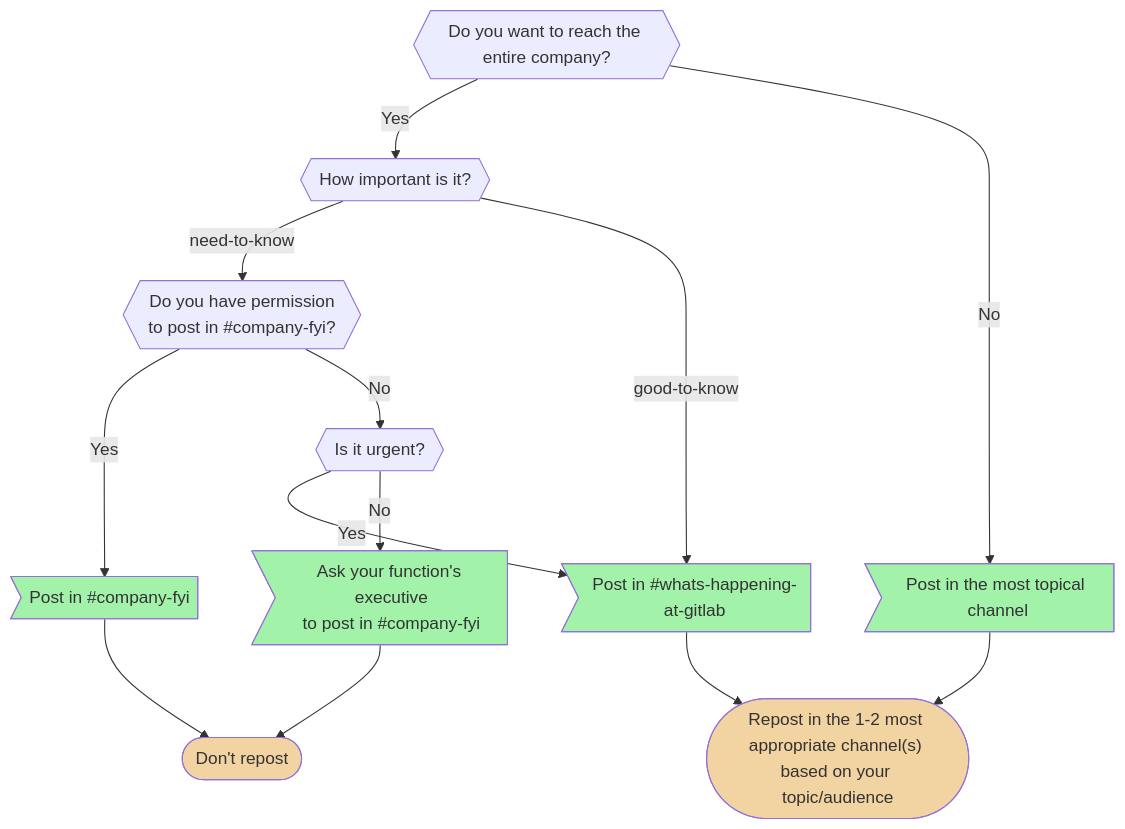
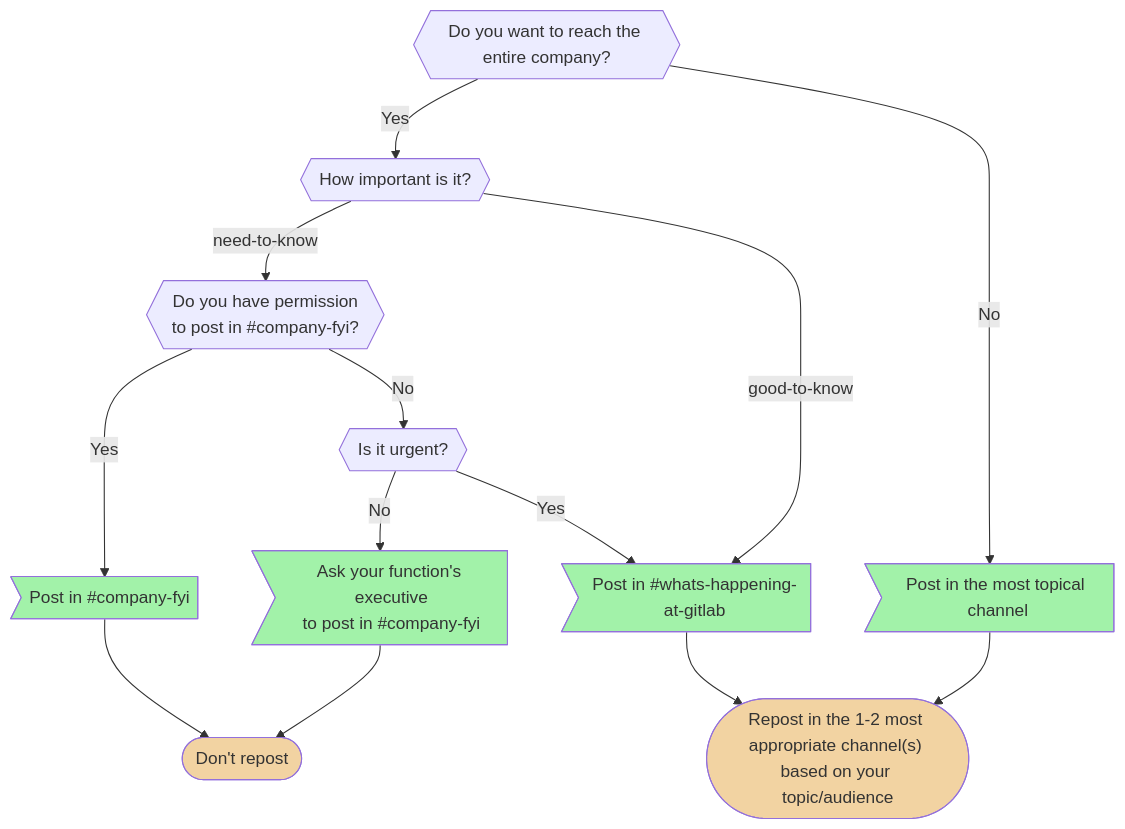
One commit to secretstartups/handbook changed the diagram in communication/index.html.md. Above: the diagram before and after it, drawn with Mermaid. The commit also changed other lines of this file, not shown here.

Commit message:
Tweak flowchart

````diff
--- a/communication/index.html.md
+++ b/communication/index.html.md
@@ -193,41 +193,41 @@
 ```mermaid
 graph TB
   everybody{{"Do you want to reach the entire company?"}}
   important{{"How important is it?"}}
   permission{{"Do you have permission<br>to post in #company-fyi?"}}
   urgent{{"Is it urgent?"}}
 
   channel-important>"Post in #company-fyi"]
   channel-important-ask>"Ask your function's executive<br>to post in #company-fyi"]
   channel-general>"Post in #whats-happening-at-gitlab"]
   channel-topic>"Post in the most topical channel"]
 
   repost(["Repost in the 1-2 most appropriate channel(s) based on your topic/audience"])
   no-repost(["Don't repost"])
 
   classDef question fill: #ECECFF
   class everybody,important,permission,urgent question;
 
   classDef action fill: #a2f2a9
   class channel-important,channel-important-ask,channel-general,channel-topic,repost,no-repost action;
 
   classDef repost fill: #f2d3a2
   class repost,no-repost repost;
 
   everybody -- Yes --> important
   everybody -- No  --> channel-topic
 
   important -- need-to-know --> permission
   important -- good-to-know --> channel-general
 
   permission -- Yes --> channel-important
   permission -- No  --> urgent
 
+  urgent -- No  --> channel-important-ask
   urgent -- Yes --> channel-general
-  urgent -- No  --> channel-important-ask
 
   channel-topic --> repost
   channel-general --> repost
   channel-important --> no-repost
   channel-important-ask --> no-repost
 ```
````
